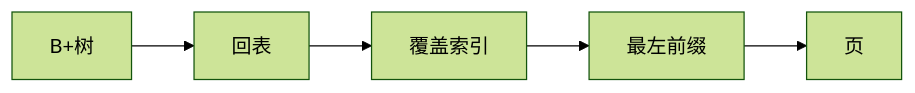
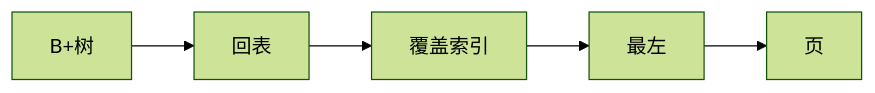
The diagram in 基础知识/数据库/B+ 树索引与回表.md (tghrxxxyyy/knowledge-base), drawn with Mermaid (forest theme) before and after one commit. The commit also changed other lines of this file and 385 other files, not shown here.

````diff
--- a/基础知识/数据库/B+ 树索引与回表.md
+++ b/基础知识/数据库/B+ 树索引与回表.md
@@ -19,9 +19,9 @@
 ```mermaid
 flowchart LR
     A[B+树]
     B[回表]
     C[覆盖索引]
-    D[最左前缀]
+    D[最左]
     E[页]
     A --> B --> C --> D --> E
 ```
````
